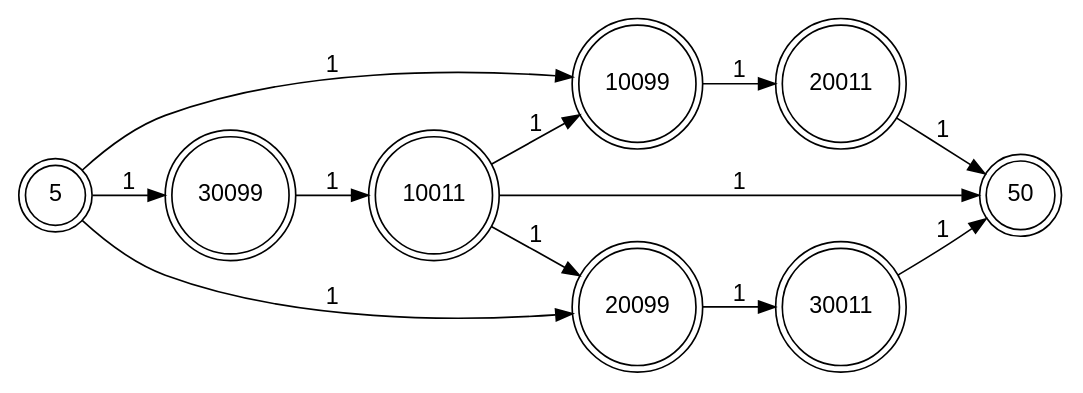
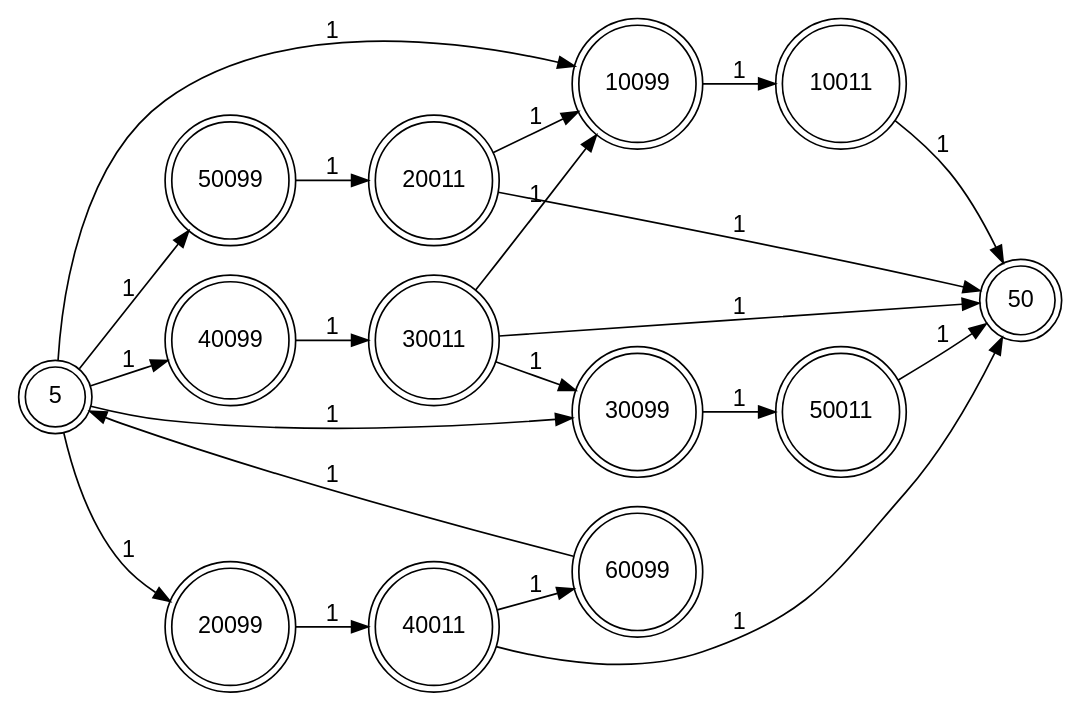
The diagram in jobapptest/outfile.dot (Sofiene29/Ocaml-Project), drawn with Graphviz before and after one commit. The commit also changed 7 other files, not shown here.

```diff
--- a/jobapptest/outfile.dot
+++ b/jobapptest/outfile.dot
@@ -1,23 +1,32 @@
 digraph finite_state_machine {
 
  
   fontname="Helvetica,Arial,sans-serif"
   node [fontname="Helvetica,Arial,sans-serif"]
   edge [fontname="Helvetica,Arial,sans-serif"]
   rankdir=LR; 
  
-node [shape = doublecircle];5 50 10011 10099 20011 20099 30011 30099 ; 
+node [shape = doublecircle];5 50 10011 10099 20011 20099 30011 30099 40011 40099 50011 50099 60099 ; 
  node [shape = circle]; 
-5 -> 10099 [label ="1"]  ;
+5 -> 40099 [label ="1"]  ;
 5 -> 20099 [label ="1"]  ;
 5 -> 30099 [label ="1"]  ;
-10099 -> 20011 [label ="1"]  ;
+5 -> 10099 [label ="1"]  ;
+5 -> 50099 [label ="1"]  ;
+40099 -> 30011 [label ="1"]  ;
+30011 -> 50 [label ="1"]  ;
+30011 -> 10099 [label ="1"]  ;
+30011 -> 30099 [label ="1"]  ;
+20099 -> 40011 [label ="1"]  ;
+40011 -> 50 [label ="1"]  ;
+40011 -> 60099 [label ="1"]  ;
+30099 -> 50011 [label ="1"]  ;
+50011 -> 50 [label ="1"]  ;
+60099 -> 5 [label ="1"]  ;
+10011 -> 50 [label ="1"]  ;
+10099 -> 10011 [label ="1"]  ;
+20011 -> 10099 [label ="1"]  ;
 20011 -> 50 [label ="1"]  ;
-20099 -> 30011 [label ="1"]  ;
-30011 -> 50 [label ="1"]  ;
-10011 -> 10099 [label ="1"]  ;
-10011 -> 20099 [label ="1"]  ;
-10011 -> 50 [label ="1"]  ;
-30099 -> 10011 [label ="1"]  ;
+50099 -> 20011 [label ="1"]  ;
 
  }
```
